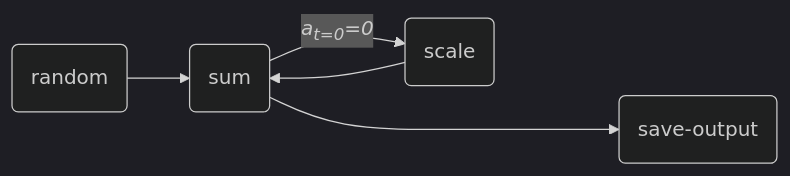
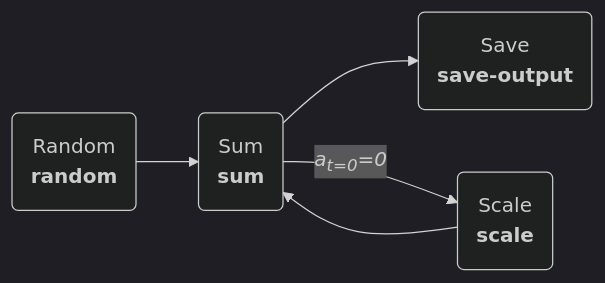
Before and after one commit to plugboard-dev/plugboard: the second of 2 diagrams in docs/examples/tutorials/more-complex-process.md, drawn with Mermaid (dark theme). The commit also changed other lines of this file and 13 other files, not shown here.

First line of the commit message:
feat: Mermaid diagrams (#120)

````diff
--- a/docs/examples/tutorials/more-complex-process.md
+++ b/docs/examples/tutorials/more-complex-process.md
@@ -61,7 +61,7 @@
 ```mermaid
-graph LR;
-    Random(random)-->Sum(sum);
-    Sum(sum)-->|"<i>a<sub>t=0</sub>=0</i>"|Scale(scale);
-    Scale(scale)-->Sum(sum);
-    Sum(sum)---->SaveOut(save-output);
+flowchart LR
+    random@{ shape: rounded, label: Random<br>**random** } --> sum@{ shape: rounded, label: Sum<br>**sum** }
+    scale@{ shape: rounded, label: Scale<br>**scale** } --> sum@{ shape: rounded, label: Sum<br>**sum** }
+    sum@{ shape: rounded, label: Sum<br>**sum** } --> save-output@{ shape: rounded, label: Save<br>**save-output** }
+    sum@{ shape: rounded, label: Sum<br>**sum** } -->|"<i>a<sub>t=0</sub>=0</i>"| scale@{ shape: rounded, label: Scale<br>**scale** }
 ```
````
